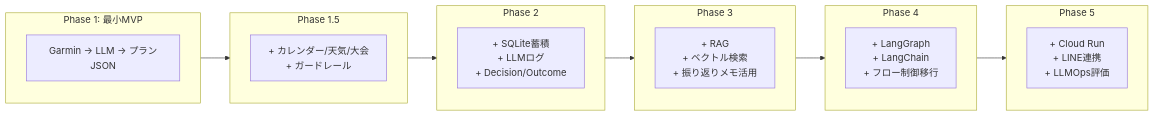
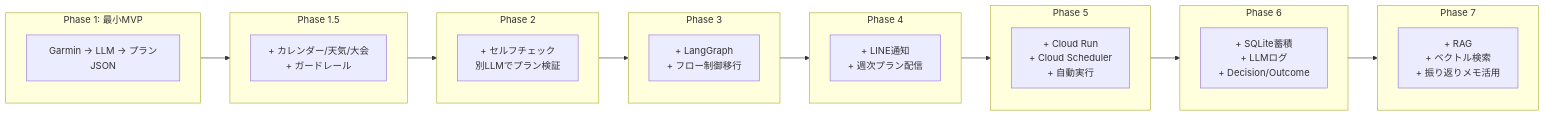
One commit to fuzztarou/run-coach changed the fourth of 5 diagrams in DESIGN.md. Above: the diagram before and after it, drawn with Mermaid. The commit also changed other lines of this file and 6 other files, not shown here.

First line of the commit message:
docs: フェーズ順を再構成（セルフチェック→LangGraph→LINE→Cloud Run→DB→RAG）

````diff
--- a/DESIGN.md
+++ b/DESIGN.md
@@ -137,28 +137,36 @@
 ```mermaid
 flowchart LR
     subgraph Phase1[Phase 1: 最小MVP]
         P1[Garmin → LLM → プランJSON]
     end
 
     subgraph Phase15[Phase 1.5]
         P15[+ カレンダー/天気/大会<br>+ ガードレール]
     end
 
     subgraph Phase2[Phase 2]
-        P2[+ SQLite蓄積<br>+ LLMログ<br>+ Decision/Outcome]
+        P2[+ セルフチェック<br>別LLMでプラン検証]
     end
 
     subgraph Phase3[Phase 3]
-        P3[+ RAG<br>+ ベクトル検索<br>+ 振り返りメモ活用]
+        P3[+ LangGraph<br>+ フロー制御移行]
     end
 
     subgraph Phase4[Phase 4]
-        P4[+ LangGraph<br>+ LangChain<br>+ フロー制御移行]
+        P4[+ LINE通知<br>+ 週次プラン配信]
     end
 
     subgraph Phase5[Phase 5]
-        P5[+ Cloud Run<br>+ LINE連携<br>+ LLMOps評価]
+        P5[+ Cloud Run<br>+ Cloud Scheduler<br>+ 自動実行]
     end
 
-    Phase1 --> Phase15 --> Phase2 --> Phase3 --> Phase4 --> Phase5
+    subgraph Phase6[Phase 6]
+        P6[+ SQLite蓄積<br>+ LLMログ<br>+ Decision/Outcome]
+    end
+
+    subgraph Phase7[Phase 7]
+        P7[+ RAG<br>+ ベクトル検索<br>+ 振り返りメモ活用]
+    end
+
+    Phase1 --> Phase15 --> Phase2 --> Phase3 --> Phase4 --> Phase5 --> Phase6 --> Phase7
 ```
````
